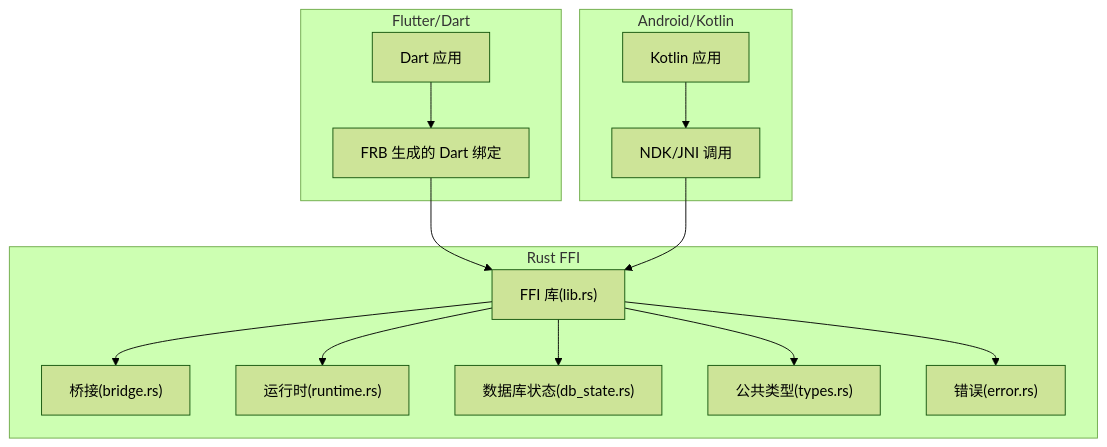
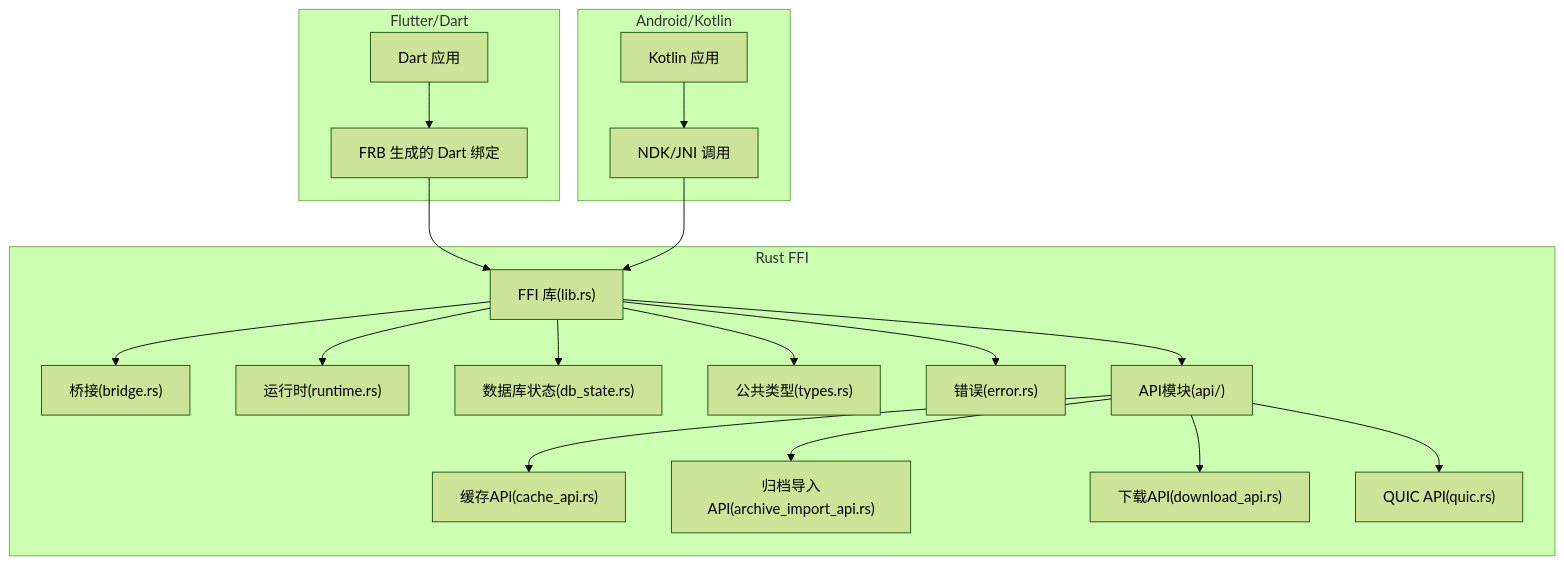
Before and after one commit to ZhangGHGitHub/LegadoTeamFlutter: the first of 4 diagrams in .qoder/repowiki/zh/content/API参考/FFI跨语言接口.md, drawn with Mermaid (forest theme). The commit also changed other lines of this file and 66 other files, not shown here.

````diff
--- a/.qoder/repowiki/zh/content/API参考/FFI跨语言接口.md
+++ b/.qoder/repowiki/zh/content/API参考/FFI跨语言接口.md
@@ -39,26 +55,36 @@
 ```mermaid
 graph TB
 subgraph "Flutter/Dart"
 DartApp["Dart 应用"]
 DartBridge["FRB 生成的 Dart 绑定"]
 end
 subgraph "Rust FFI"
 FfiLib["FFI 库(lib.rs)"]
 Bridge["桥接(bridge.rs)"]
 Runtime["运行时(runtime.rs)"]
 DBState["数据库状态(db_state.rs)"]
 Types["公共类型(types.rs)"]
 Error["错误(error.rs)"]
+ApiModules["API模块(api/)"]
+CacheApi["缓存API(cache_api.rs)"]
+ArchiveApi["归档导入API(archive_import_api.rs)"]
+DownloadApi["下载API(download_api.rs)"]
+QuicApi["QUIC API(quic.rs)"]
 end
 subgraph "Android/Kotlin"
 KotlinApp["Kotlin 应用"]
 NdkCall["NDK/JNI 调用"]
 end
 DartApp --> DartBridge --> FfiLib
 KotlinApp --> NdkCall --> FfiLib
 FfiLib --> Bridge
 FfiLib --> Runtime
 FfiLib --> DBState
 FfiLib --> Types
 FfiLib --> Error
+FfiLib --> ApiModules
+ApiModules --> CacheApi
+ApiModules --> ArchiveApi
+ApiModules --> DownloadApi
+ApiModules --> QuicApi
 ```
````
